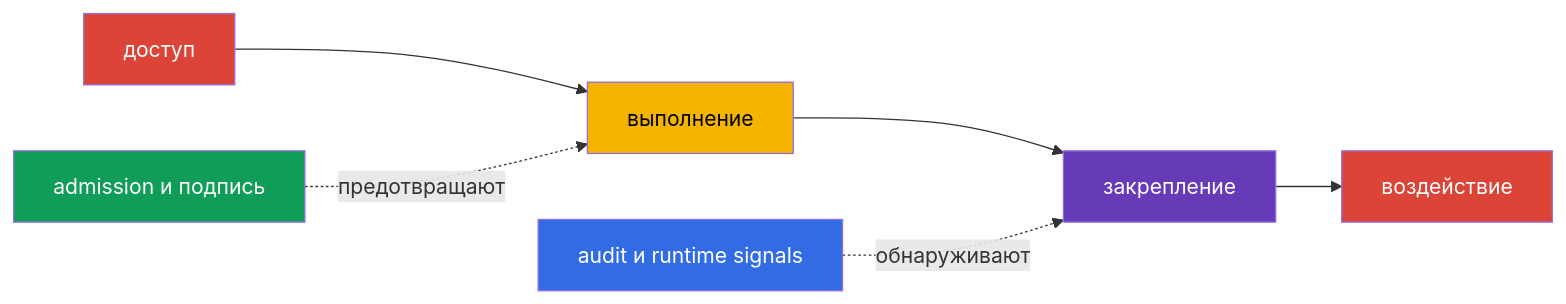
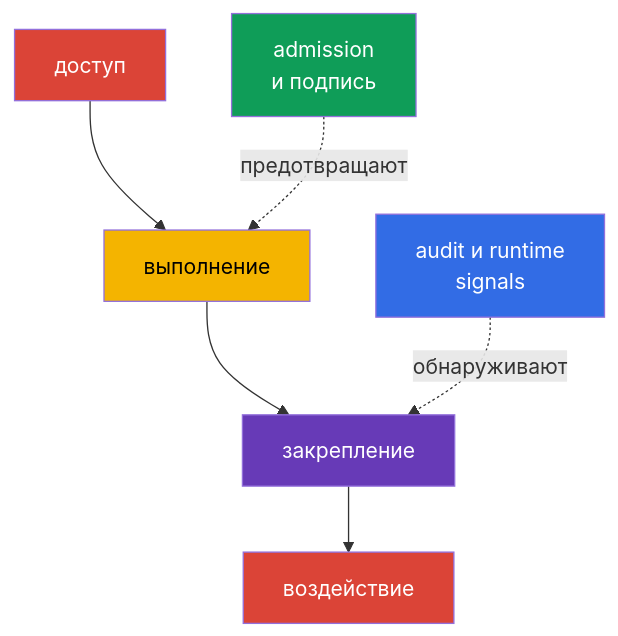
One commit to ViktorUJ/cks changed the second of 2 diagrams in tasks/kcsa/course/19/ru.md. Above: the diagram before and after it, drawn with Mermaid. The commit also changed other lines of this file and 60 other files, not shown here.

````diff
--- a/tasks/kcsa/course/19/ru.md
+++ b/tasks/kcsa/course/19/ru.md
@@ -59,12 +59,12 @@
 ```mermaid
-flowchart LR
+flowchart TB
     access["доступ"] --> execute["выполнение"] --> persist["закрепление"] --> impact["воздействие"]
-    admission["admission и подпись"] -. "предотвращают" .-> execute
-    audit["audit и runtime signals"] -. "обнаруживают" .-> persist
+    admission["admission<br/>и подпись"] -. "предотвращают" .-> execute
+    audit["audit и runtime<br/>signals"] -. "обнаруживают" .-> persist
     style access fill:#db4437,color:#fff
     style execute fill:#f4b400,color:#000
     style persist fill:#673ab7,color:#fff
     style impact fill:#db4437,color:#fff
     style admission fill:#0f9d58,color:#fff
     style audit fill:#326ce5,color:#fff
 ```
````
